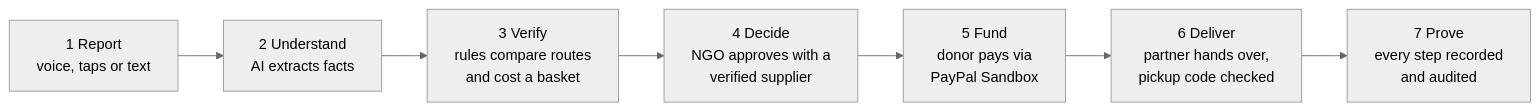
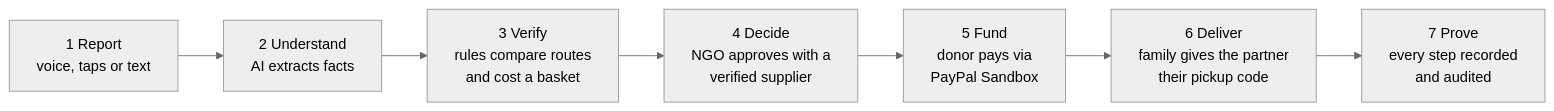
Before and after one commit to FathimaMehrinVS/LIFELINE_PayPal_AI_Hackathon: the first of 2 diagrams in README.md, drawn with Mermaid (neutral theme). The commit also changed other lines of this file and 2 other files, not shown here.

Commit message:
docs: describe the family pickup code and the verified delivery run

````diff
--- a/README.md
+++ b/README.md
@@ -51,9 +51,9 @@
 ```mermaid
 flowchart LR
   A[1 Report<br/>voice, taps or text] --> B[2 Understand<br/>AI extracts facts]
   B --> C[3 Verify<br/>rules compare routes<br/>and cost a basket]
   C --> D[4 Decide<br/>NGO approves with a<br/>verified supplier]
   D --> E[5 Fund<br/>donor pays via<br/>PayPal Sandbox]
-  E --> F[6 Deliver<br/>partner hands over,<br/>pickup code checked]
+  E --> F[6 Deliver<br/>family gives the partner<br/>their pickup code]
   F --> G[7 Prove<br/>every step recorded<br/>and audited]
 ```
````
